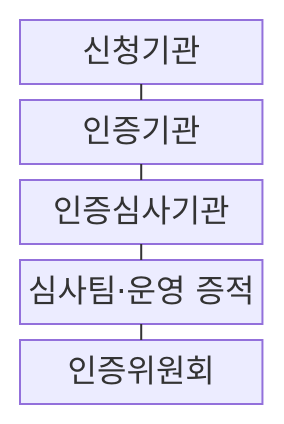
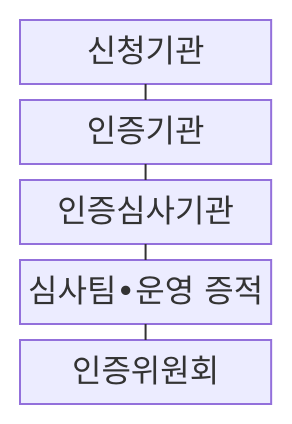
Before and after one commit to agnusdei1207/knowledge-base: the first of 2 diagrams in src/content/docs/notes/05-security/104_isms_p_certification_process.md, drawn with Mermaid. The commit also changed other lines of this file and 953 other files, not shown here.

````diff
--- a/src/content/docs/notes/05-security/104_isms_p_certification_process.md
+++ b/src/content/docs/notes/05-security/104_isms_p_certification_process.md
@@ -63,13 +63,13 @@
 ```mermaid
 block-beta
   columns 1
   O["신청기관"]
   A["인증기관"]
   B["인증심사기관"]
-  E["심사팀·운영 증적"]
+  E["심사팀•운영 증적"]
   C["인증위원회"]
   O --- A
   A --- B
   B --- E
   E --- C
 ```
````
